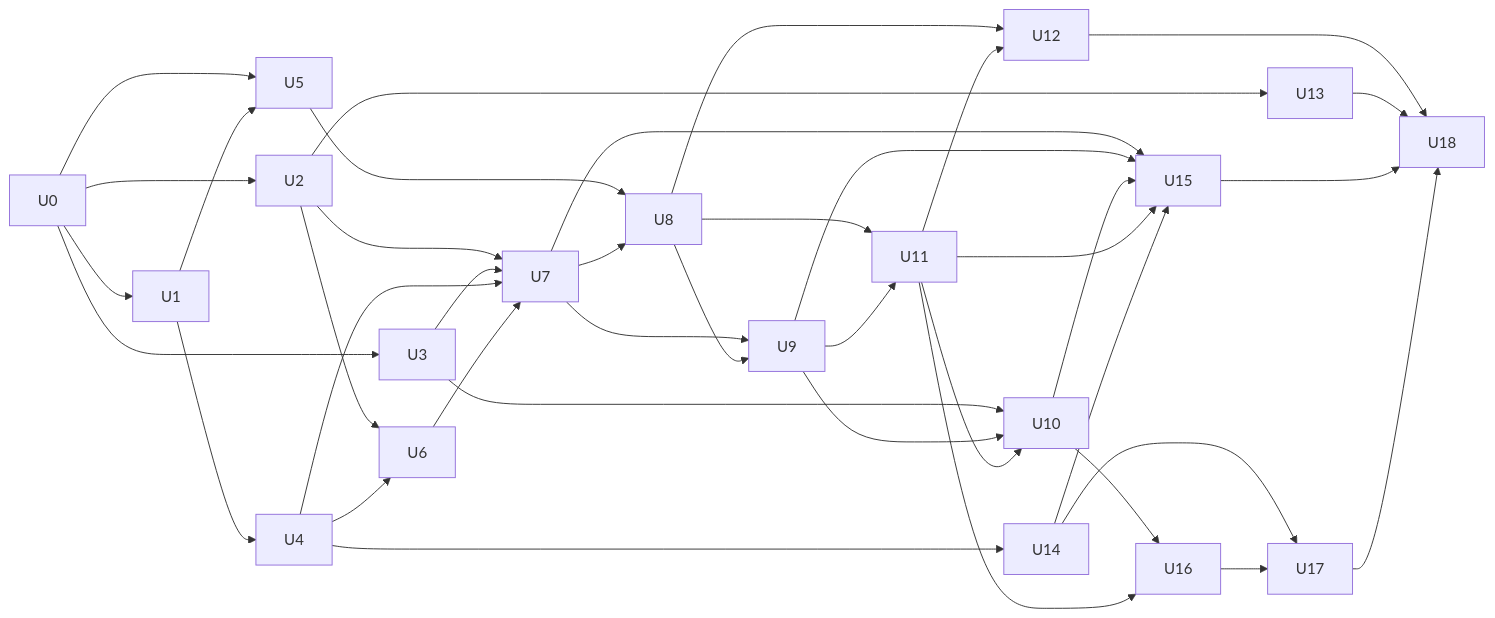
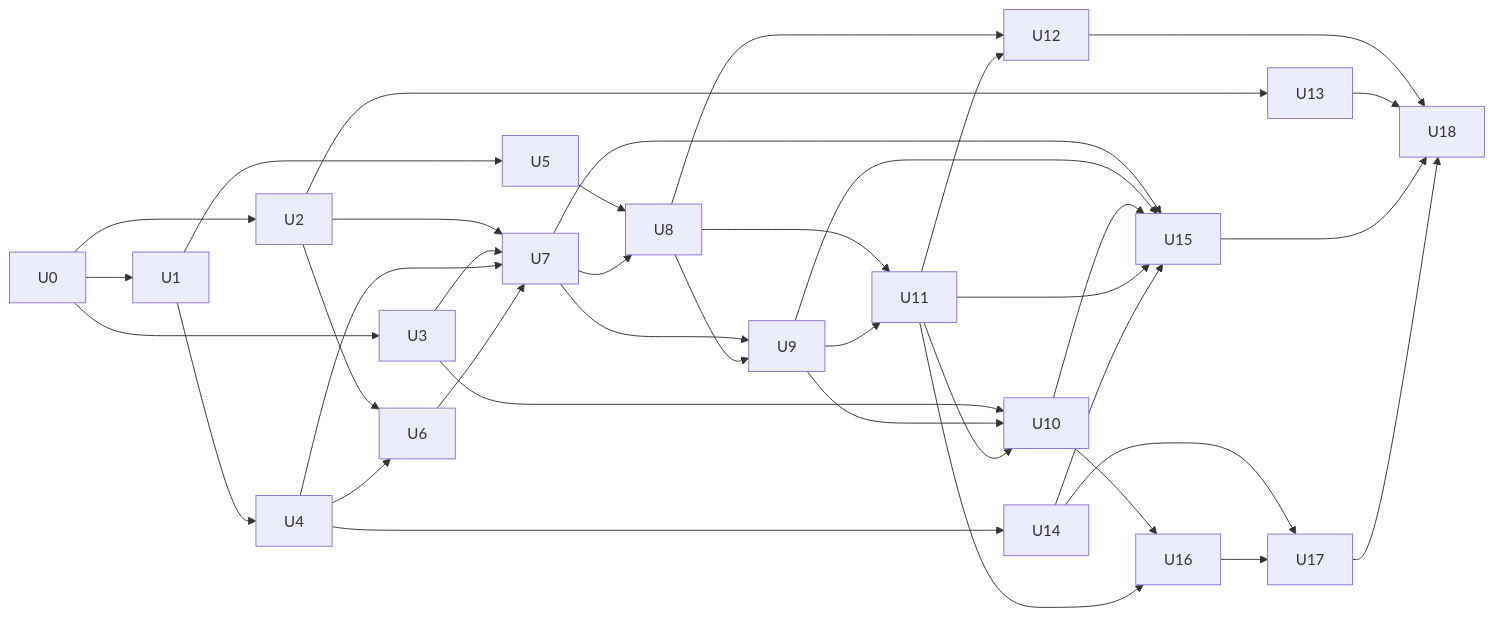
The diagram in docs/plans/m3-ai-core.md (zishon89us/polyglot-sales-agent), drawn with Mermaid before and after one commit. The commit also changed other lines of this file and 6 other files, not shown here.

````diff
--- a/docs/plans/m3-ai-core.md
+++ b/docs/plans/m3-ai-core.md
@@ -180,41 +181,40 @@
 ```mermaid
 flowchart LR
     U0 --> U1
     U0 --> U2
     U0 --> U3
-    U0 --> U5
     U1 --> U5
     U1 --> U4
     U2 --> U6
     U4 --> U6
     U2 --> U7
     U3 --> U7
     U4 --> U7
     U6 --> U7
     U5 --> U8
     U7 --> U8
     U7 --> U9
     U8 --> U9
     U8 --> U11
     U9 --> U11
     U3 --> U10
     U9 --> U10
     U11 --> U10
     U8 --> U12
     U11 --> U12
     U2 --> U13
     U4 --> U14
     U7 --> U15
     U9 --> U15
     U10 --> U15
     U11 --> U15
     U14 --> U15
     U10 --> U16
     U11 --> U16
     U14 --> U17
     U16 --> U17
     U12 --> U18
     U13 --> U18
     U15 --> U18
     U17 --> U18
 ```
````
